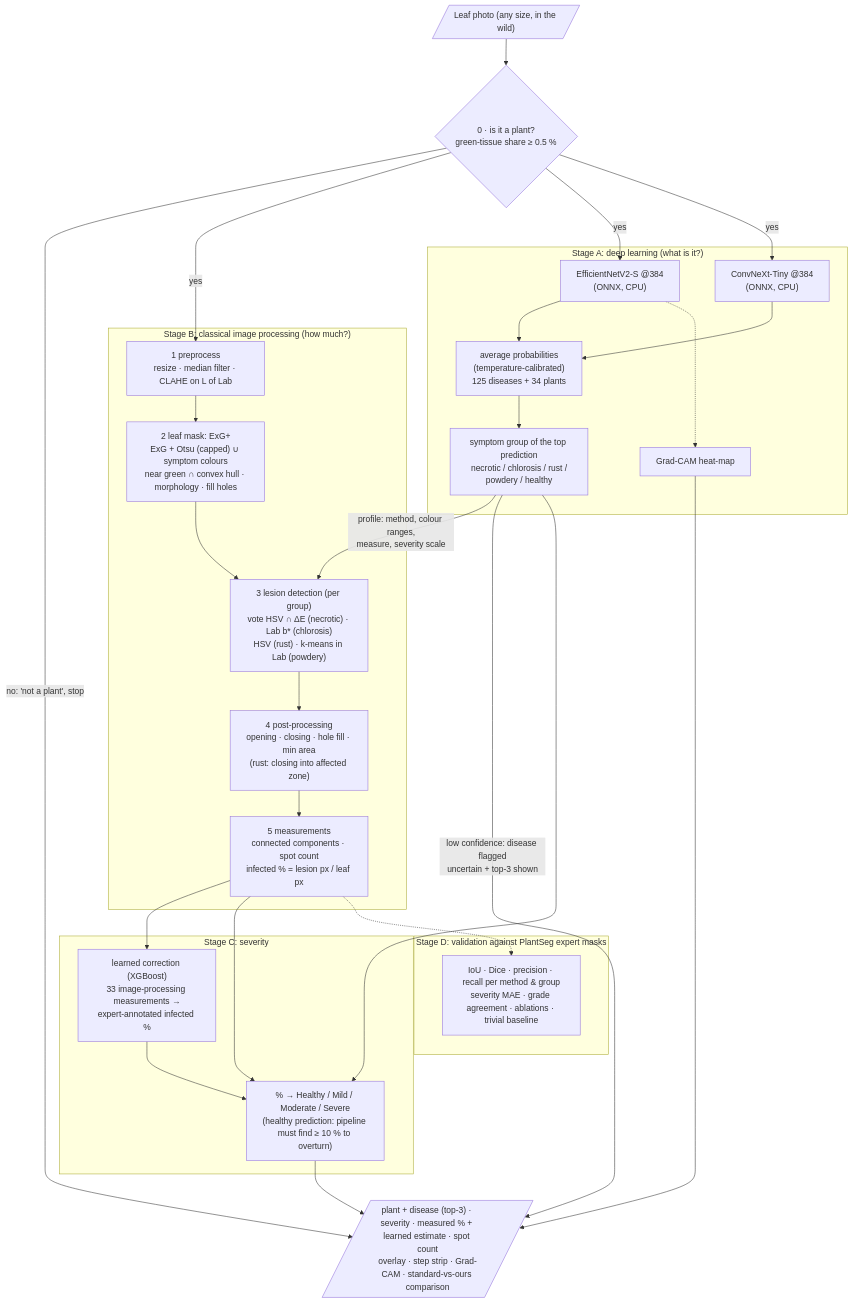
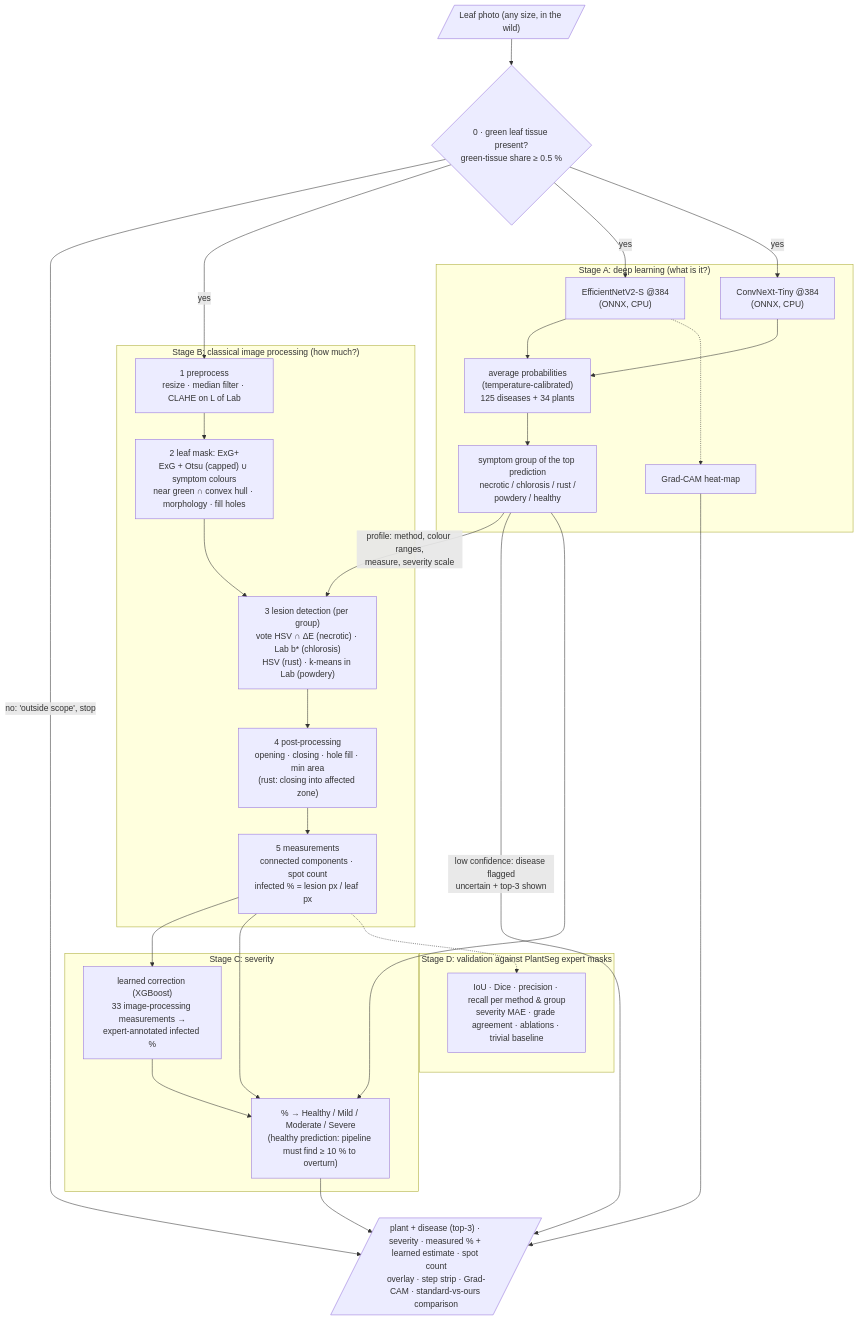
One commit to sidharthaxy/Leaf-disease-spot-detection changed the diagram in README.md. Above: the diagram before and after it, drawn with Mermaid. The commit also changed other lines of this file and 4 other files, not shown here.

````diff
--- a/README.md
+++ b/README.md
@@ -144,48 +150,48 @@
 ```mermaid
 flowchart TD
-    IMG[/"Leaf photo (any size, in the wild)"/] --> GATE{"0 · is it a plant?<br/>green-tissue share ≥ 0.5 %"}
-    GATE -- "no: 'not a plant', stop" --> OUT
+    IMG[/"Leaf photo (any size, in the wild)"/] --> GATE{"0 · green leaf tissue present?<br/>green-tissue share ≥ 0.5 %"}
+    GATE -- "no: 'outside scope', stop" --> OUT
     GATE -- yes --> PRE
 
     subgraph A["Stage A: deep learning (what is it?)"]
         CNN1["EfficientNetV2-S @384<br/>(ONNX, CPU)"]
         CNN2["ConvNeXt-Tiny @384<br/>(ONNX, CPU)"]
         ENS["average probabilities<br/>(temperature-calibrated)<br/>125 diseases + 34 plants"]
         GRP["symptom group of the top prediction<br/>necrotic / chlorosis / rust /<br/>powdery / healthy"]
         CAM["Grad-CAM heat-map"]
         CNN1 --> ENS
         CNN2 --> ENS
         ENS --> GRP
         CNN1 -.-> CAM
     end
 
     subgraph B["Stage B: classical image processing (how much?)"]
         PRE["1 preprocess<br/>resize · median filter · CLAHE on L of Lab"]
         LEAF["2 leaf mask: ExG+<br/>ExG + Otsu (capped) ∪ symptom colours<br/>near green ∩ convex hull · morphology · fill holes"]
         LES["3 lesion detection (per group)<br/>vote HSV ∩ ΔE (necrotic) · Lab b* (chlorosis)<br/>HSV (rust) · k-means in Lab (powdery)"]
         POST["4 post-processing<br/>opening · closing · hole fill · min area<br/>(rust: closing into affected zone)"]
         MEAS["5 measurements<br/>connected components · spot count<br/>infected % = lesion px / leaf px"]
         PRE --> LEAF --> LES --> POST --> MEAS
     end
 
     GATE -- yes --> CNN1
     GATE -- yes --> CNN2
     GRP -- "profile: method, colour ranges,<br/>measure, severity scale" --> LES
     GRP -- "low confidence: disease flagged<br/>uncertain + top-3 shown" --> OUT
 
     subgraph C["Stage C: severity"]
         LC["learned correction (XGBoost)<br/>33 image-processing measurements →<br/>expert-annotated infected %"]
         SEV["% → Healthy / Mild / Moderate / Severe<br/>(healthy prediction: pipeline must find ≥ 10 % to overturn)"]
     end
     MEAS --> LC --> SEV
     MEAS --> SEV
     GRP --> SEV
 
     SEV --> OUT[/"plant + disease (top-3) · severity · measured % + learned estimate · spot count<br/>overlay · step strip · Grad-CAM · standard-vs-ours comparison"/]
     CAM --> OUT
 
     subgraph D["Stage D: validation against PlantSeg expert masks"]
         EV["IoU · Dice · precision · recall per method & group<br/>severity MAE · grade agreement · ablations · trivial baseline"]
     end
     MEAS -.-> EV
 ```
````
